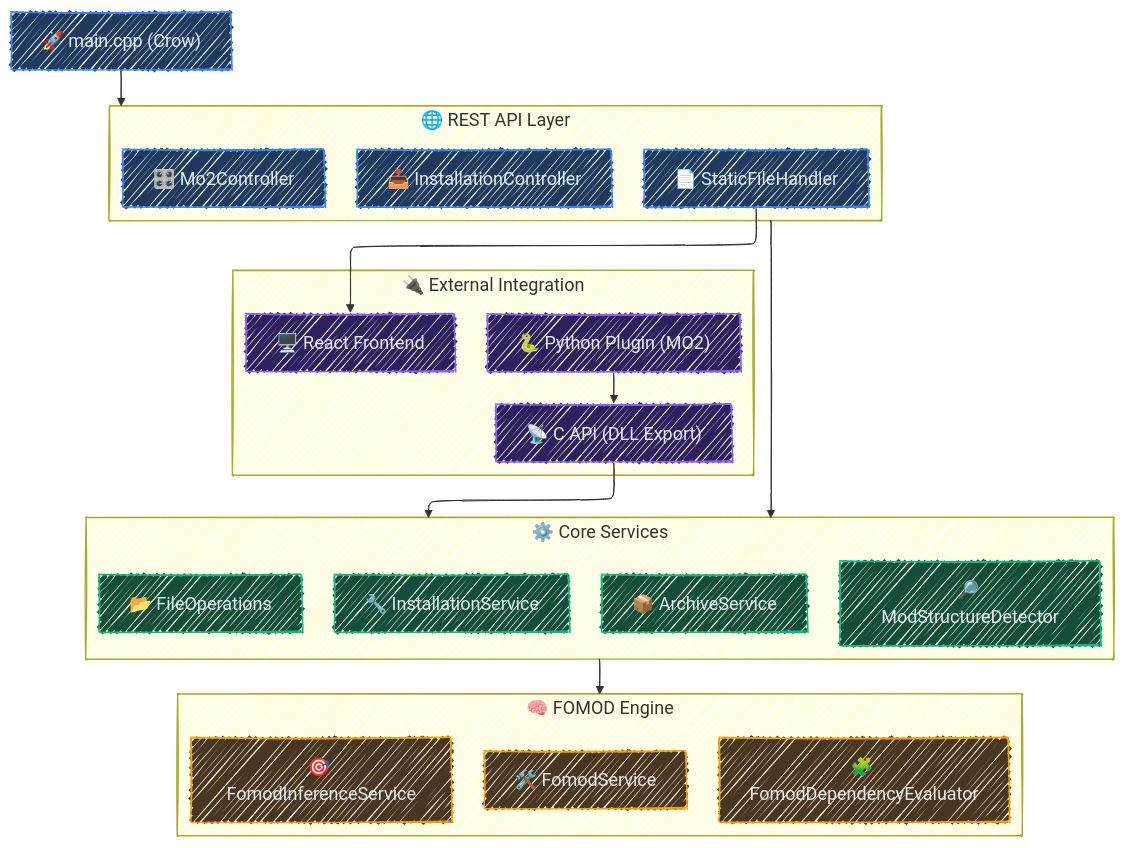
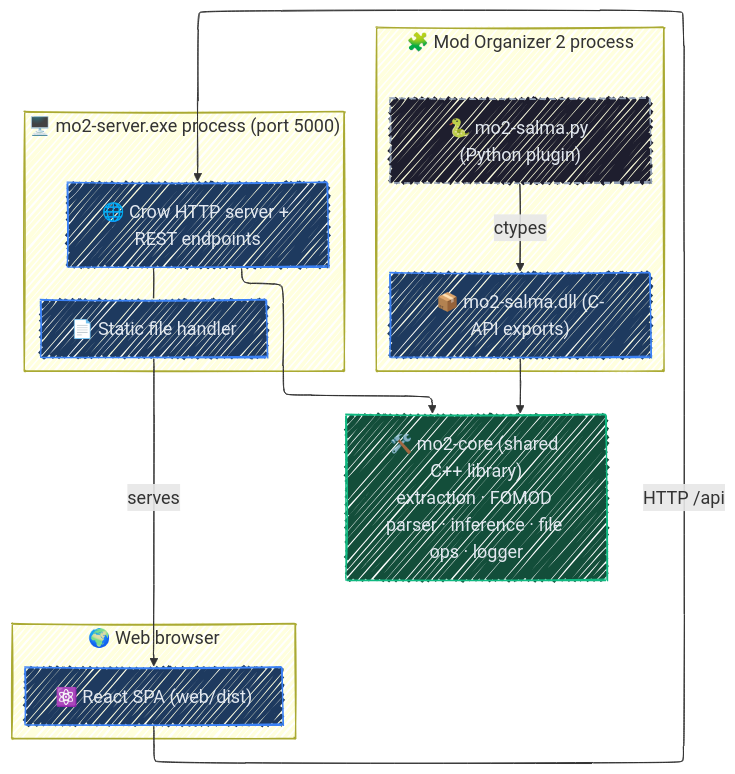
The third of 3 diagrams in README.md (lextpf/salma), drawn with Mermaid before and after one commit. The commit also changed other lines of this file, not shown here.

Commit message:
🏗️ Reframe architecture as three artifacts on one core

````diff
--- a/README.md
+++ b/README.md
@@ -219,49 +221,37 @@
 ```mermaid
 ---
 config:
   look: handDrawn
   theme: mc
   themeVariables:
     fontSize: 18px
   layout: elk
 ---
 graph TB
-    classDef server fill:#1e3a5f,stroke:#3b82f6,color:#e2e8f0
+    classDef host fill:#1e1e2e,stroke:#94a3b8,color:#e2e8f0,stroke-dasharray:6 4
+    classDef artifact fill:#1e3a5f,stroke:#3b82f6,color:#e2e8f0
     classDef core fill:#134e3a,stroke:#10b981,color:#e2e8f0
-    classDef fomod fill:#4a3520,stroke:#f59e0b,color:#e2e8f0
-    classDef ext fill:#2e1f5e,stroke:#8b5cf6,color:#e2e8f0
 
-    Main["🚀 main.cpp (Crow)"]:::server
-
-    subgraph Server["🌐 REST API Layer"]
-        InstCtrl["📥 InstallationController"]:::server
-        Mo2Ctrl["🎛️ Mo2Controller"]:::server
-        Static["📄 StaticFileHandler"]:::server
+    subgraph MO2["🧩 Mod Organizer 2 process"]
+        Plugin["🐍 mo2-salma.py (Python plugin)"]:::host
+        DLL["📦 mo2-salma.dll (C-API exports)"]:::artifact
+        Plugin -- ctypes --> DLL
     end
 
-    subgraph Core["⚙️ Core Services"]
-        InstSvc["🔧 InstallationService"]:::core
-        Archive["📦 ArchiveService"]:::core
-        FileOps["📂 FileOperations"]:::core
-        Detect["🔎 ModStructureDetector"]:::core
+    subgraph SrvHost["🖥️ mo2-server.exe process (port 5000)"]
+        Server["🌐 Crow HTTP server + REST endpoints"]:::artifact
+        Static["📄 Static file handler"]:::artifact
+        Server --- Static
     end
 
-    subgraph FOMOD["🧠 FOMOD Engine"]
-        FomodSvc["🛠️ FomodService"]:::fomod
-        DepEval["🧩 FomodDependencyEvaluator"]:::fomod
-        Infer["🎯 FomodInferenceService"]:::fomod
+    subgraph Browser["🌍 Web browser"]
+        SPA["⚛️ React SPA (web/dist)"]:::artifact
     end
 
-    subgraph External["🔌 External Integration"]
-        CApi["📡 C API (DLL Export)"]:::ext
-        Plugin["🐍 Python Plugin (MO2)"]:::ext
-        WebUI["🖥️ React Frontend"]:::ext
-    end
+    Core["🛠️ mo2-core (shared C++ library)<br/>extraction · FOMOD parser · inference · file ops · logger"]:::core
 
-    Main --> Server
+    DLL --> Core
     Server --> Core
-    Core --> FOMOD
-    CApi --> Core
-    Plugin --> CApi
-    Static --> WebUI
+    SPA -- "HTTP /api" --> Server
+    Static -- "serves" --> SPA
 ```
````
